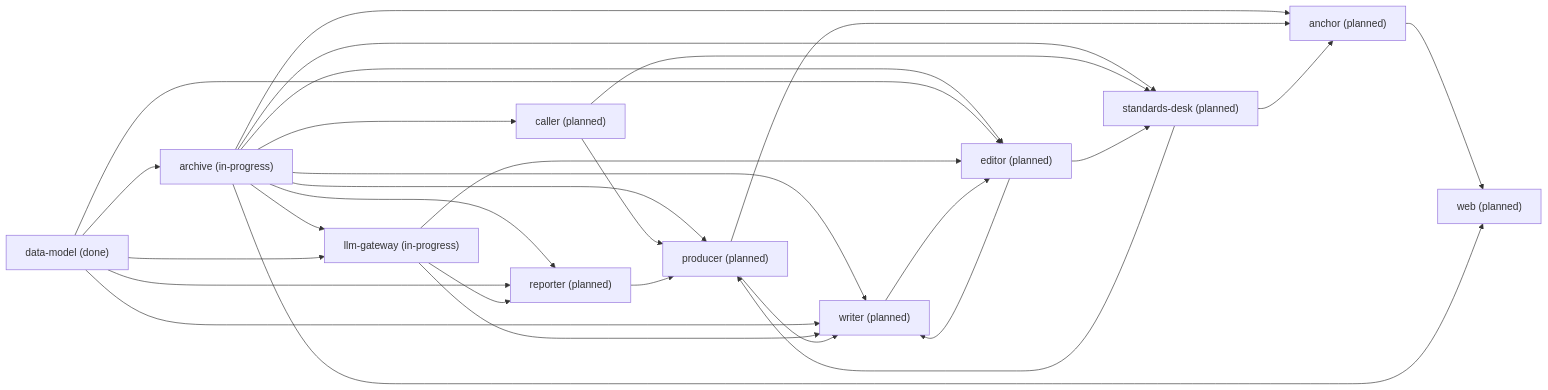
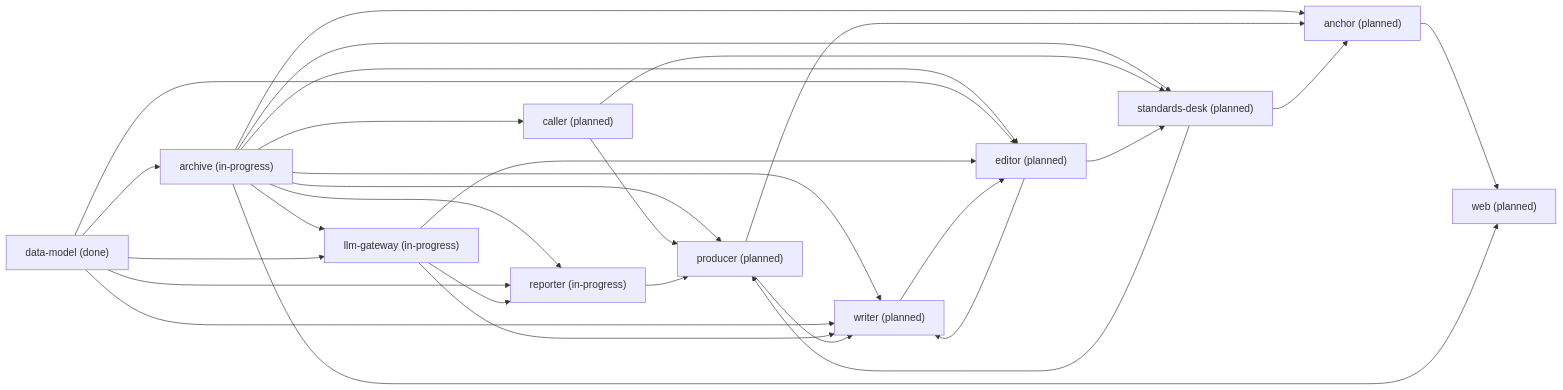
Before and after one commit to Yadnu/newsroom: the diagram in context/GRAPH.md, drawn with Mermaid. The commit also changed other lines of this file and 11 other files, not shown here.

````diff
--- a/context/GRAPH.md
+++ b/context/GRAPH.md
@@ -30,42 +30,42 @@
 ```mermaid
 flowchart LR
   anchor["anchor (planned)"]
   archive["archive (in-progress)"]
   caller["caller (planned)"]
   data_model["data-model (done)"]
   editor["editor (planned)"]
   llm_gateway["llm-gateway (in-progress)"]
   producer["producer (planned)"]
-  reporter["reporter (planned)"]
+  reporter["reporter (in-progress)"]
   standards_desk["standards-desk (planned)"]
   web["web (planned)"]
   writer["writer (planned)"]
   anchor --> web
   archive --> anchor
   archive --> caller
   archive --> editor
   archive --> llm_gateway
   archive --> producer
   archive --> reporter
   archive --> standards_desk
   archive --> web
   archive --> writer
   caller --> producer
   caller --> standards_desk
   data_model --> archive
   data_model --> editor
   data_model --> llm_gateway
   data_model --> reporter
   data_model --> writer
   editor --> standards_desk
   editor --> writer
   llm_gateway --> editor
   llm_gateway --> reporter
   llm_gateway --> writer
   producer --> anchor
   producer --> writer
   reporter --> producer
   standards_desk --> anchor
   standards_desk --> producer
   writer --> editor
 ```
````
